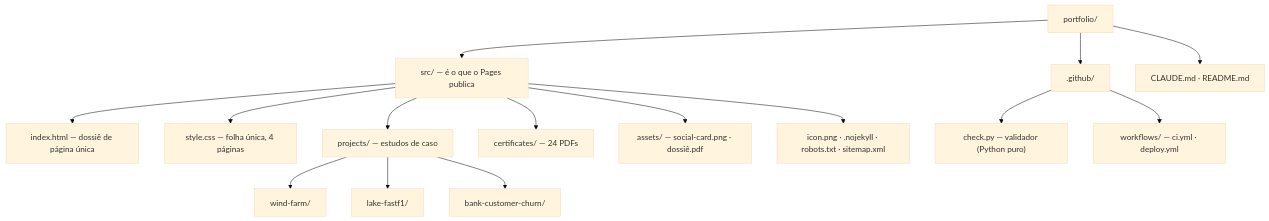
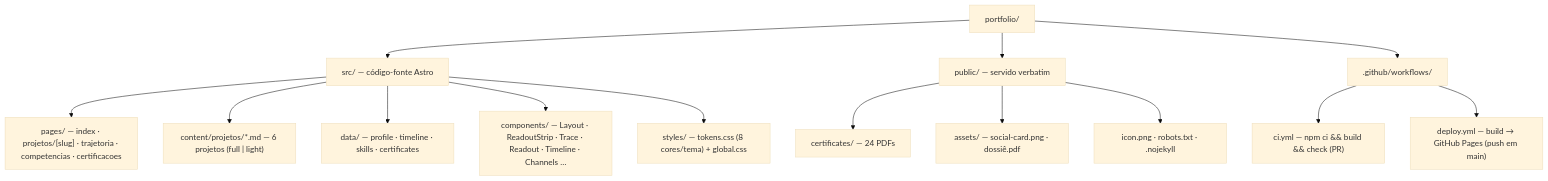
The diagram in README.md (rvanguita/portfolio), drawn with Mermaid (base theme) before and after one commit. The commit also changed other lines of this file and 75 other files, not shown here.

````diff
--- a/README.md
+++ b/README.md
@@ -31,21 +20,20 @@
 ```mermaid
 flowchart TD
     repo["portfolio/"]
-    repo --> src["src/ — é o que o Pages publica"]
-    repo --> gh[".github/"]
-    repo --> guides["CLAUDE.md · README.md"]
+    repo --> src["src/ — código-fonte Astro"]
+    repo --> pub["public/ — servido verbatim"]
+    repo --> gh[".github/workflows/"]
 
-    src --> index["index.html — dossiê de página única"]
-    src --> css["style.css — folha única, 4 páginas"]
-    src --> projects["projects/ — estudos de caso"]
-    src --> certificates["certificates/ — 24 PDFs"]
-    src --> assets["assets/ — social-card.png · dossiê.pdf"]
-    src --> statics["icon.png · .nojekyll · robots.txt · sitemap.xml"]
+    src --> pages["pages/ — index · projetos/[slug] · trajetoria · competencias · certificacoes"]
+    src --> content["content/projetos/*.md — 6 projetos (full | light)"]
+    src --> data["data/ — profile · timeline · skills · certificates"]
+    src --> comps["components/ — Layout · ReadoutStrip · Trace · Readout · Timeline · Channels …"]
+    src --> styles["styles/ — tokens.css (8 cores/tema) + global.css"]
 
-    projects --> cs1["wind-farm/"]
-    projects --> cs2["lake-fastf1/"]
-    projects --> cs3["bank-customer-churn/"]
+    pub --> certs["certificates/ — 24 PDFs"]
+    pub --> assets["assets/ — social-card.png · dossiê.pdf"]
+    pub --> statics["icon.png · robots.txt · .nojekyll"]
 
-    gh --> check["check.py — validador (Python puro)"]
-    gh --> flows["workflows/ — ci.yml · deploy.yml"]
+    gh --> ci["ci.yml — npm ci && build && check (PR)"]
+    gh --> deploy["deploy.yml — build → GitHub Pages (push em main)"]
 ```
````
